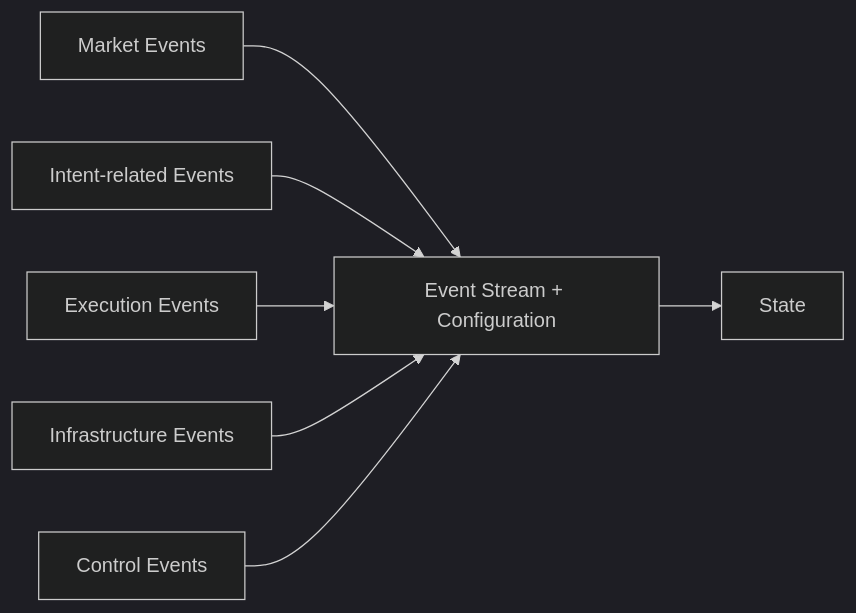
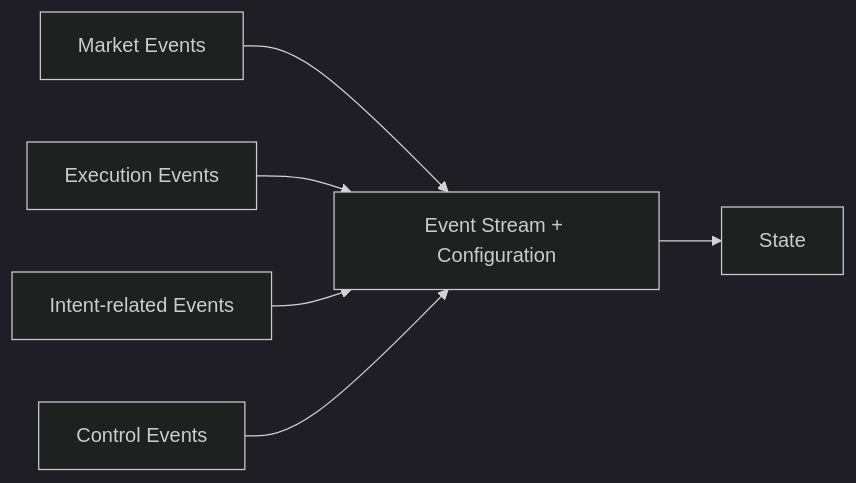
Before and after one commit to TradingChassis/docs: the diagram in docs/20-concepts/event-model.md, drawn with Mermaid (dark theme). The commit also changed other lines of this file and 77 other files, not shown here.

````diff
--- a/docs/20-concepts/event-model.md
+++ b/docs/20-concepts/event-model.md
@@ -133,19 +126,17 @@
 ```mermaid
 flowchart LR
     Market["Market Events"]
     IntentRelated["Intent-related Events"]
     Execution["Execution Events"]
-    Infrastructure["Infrastructure Events"]
     Control["Control Events"]
 
     Stream["Event Stream + Configuration"]
     State["State"]
 
     Market --> Stream
+    Execution --> Stream
     IntentRelated --> Stream
-    Execution --> Stream
-    Infrastructure --> Stream
     Control --> Stream
 
     Stream --> State
 ```
````
